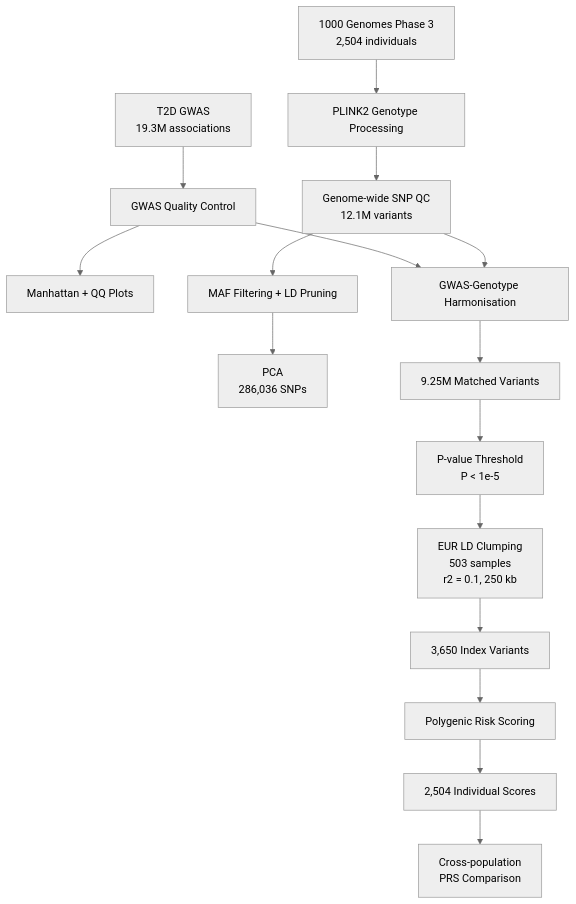
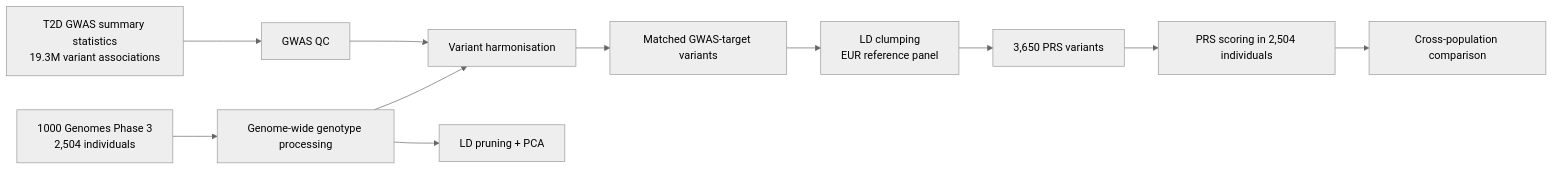
The diagram in README.md (menonnimisha02/t2d-genomics-pipeline), drawn with Mermaid (neutral theme) before and after one commit.

Commit message:
Revise workflow diagram

````diff
--- a/README.md
+++ b/README.md
@@ -55,32 +59,14 @@
 ```mermaid
-flowchart TD
+flowchart LR
+    A["T2D GWAS summary statistics<br/>19.3M variant associations"] --> B["GWAS QC"]
+    C["1000 Genomes Phase 3<br/>2,504 individuals"] --> D["Genome-wide genotype processing"]
+    B --> E["Variant harmonisation"]
+    D --> E
+    D --> F["LD pruning + PCA"]
+    E --> G["Matched GWAS-target variants"]
+    G --> H["LD clumping<br/>EUR reference panel"]
+    H --> I["3,650 PRS variants"]
+    I --> J["PRS scoring in 2,504 individuals"]
+    J --> K["Cross-population comparison"]
 
-    A[T2D GWAS<br/>19.3M associations] --> B[GWAS Quality Control]
-
-    C[1000 Genomes Phase 3<br/>2,504 individuals] --> D[PLINK2 Genotype Processing]
-
-    B --> E[Manhattan + QQ Plots]
-
-    D --> F[Genome-wide SNP QC<br/>12.1M variants]
-
-    F --> G[MAF Filtering + LD Pruning]
-
-    G --> H[PCA<br/>286,036 SNPs]
-
-    B --> I[GWAS-Genotype Harmonisation]
-    F --> I
-
-    I --> J[9.25M Matched Variants]
-
-    J --> K[P-value Threshold<br/>P < 1e-5]
-
-    K --> L[EUR LD Clumping<br/>503 samples<br/>r2 = 0.1, 250 kb]
-
-    L --> M[3,650 Index Variants]
-
-    M --> N[Polygenic Risk Scoring]
-
-    N --> O[2,504 Individual Scores]
-
-    O --> P[Cross-population<br/>PRS Comparison]
 ```
````
